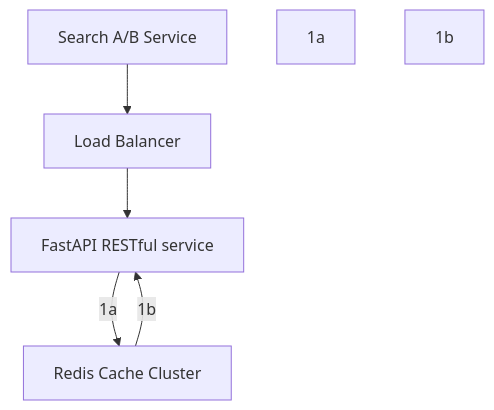
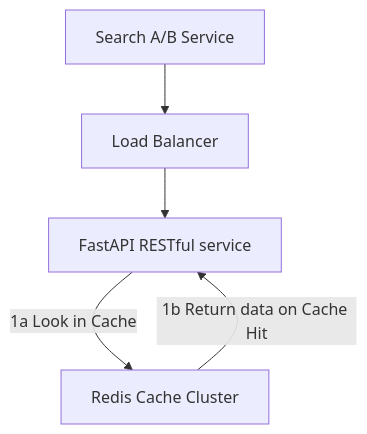
One commit to caiferris/qtact changed the diagram in osprey_search_ARCHITECTURE.md. Above: the diagram before and after it, drawn with Mermaid.

Commit message:
Updated osprey doc

````diff
--- a/osprey_search_ARCHITECTURE.md
+++ b/osprey_search_ARCHITECTURE.md
@@ -45,12 +45,10 @@
 ```mermaid
 flowchart 
   query["Search A/B Service"]
   load_balancer["Load Balancer"]
   api_server["FastAPI RESTful service"]
   redis["Redis Cache Cluster"]
-  1a["1a"]
-  1b["1b"]
   query --> load_balancer --> api_server
-  api_server -- 1a --> redis
-  redis -- 1b --> api_server
+  api_server -- 1a Look in Cache --> redis
+  redis -- 1b Return data on Cache Hit --> api_server
 ```
````
